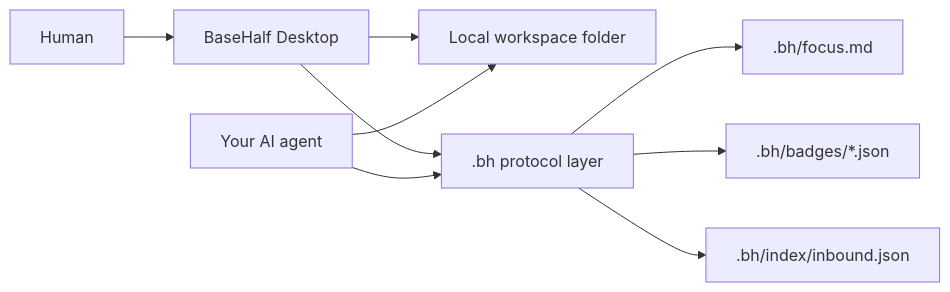
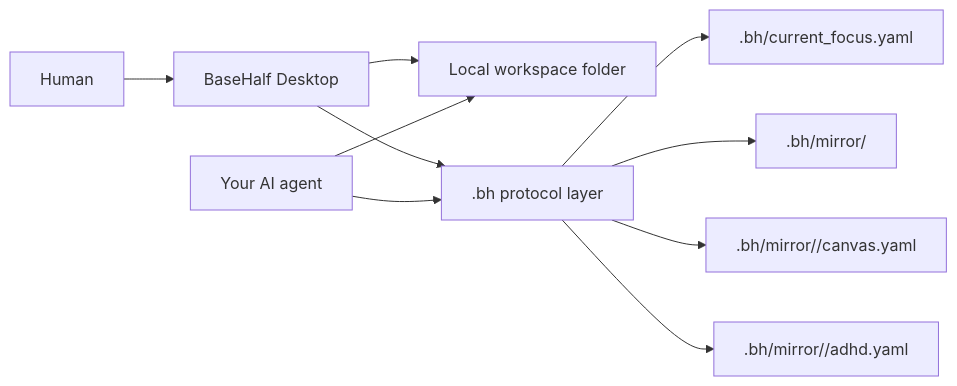
The diagram in README.md (Pointa-Labs/basehalf), drawn with Mermaid before and after one commit. The commit also changed other lines of this file and 6 other files, not shown here.

First line of the commit message:
docs: sync project docs to the focus_mode_spec mirror-YAML model

````diff
--- a/README.md
+++ b/README.md
@@ -66,13 +67,14 @@
 ```mermaid
 flowchart LR
   human["Human"] --> app["BaseHalf Desktop"]
   app --> files["Local workspace folder"]
   app --> bh[".bh protocol layer"]
 
   agent["Your AI agent"] --> files
   agent --> bh
 
-  bh --> focus[".bh/focus.md"]
-  bh --> badges[".bh/badges/*.json"]
-  bh --> inbound[".bh/index/inbound.json"]
+  bh --> focus[".bh/current_focus.yaml"]
+  bh --> badge[".bh/mirror/<path>/badge.yaml"]
+  bh --> canvas[".bh/mirror/<folder>/canvas.yaml"]
+  bh --> adhd[".bh/mirror/<file>/adhd.yaml"]
 ```
````
